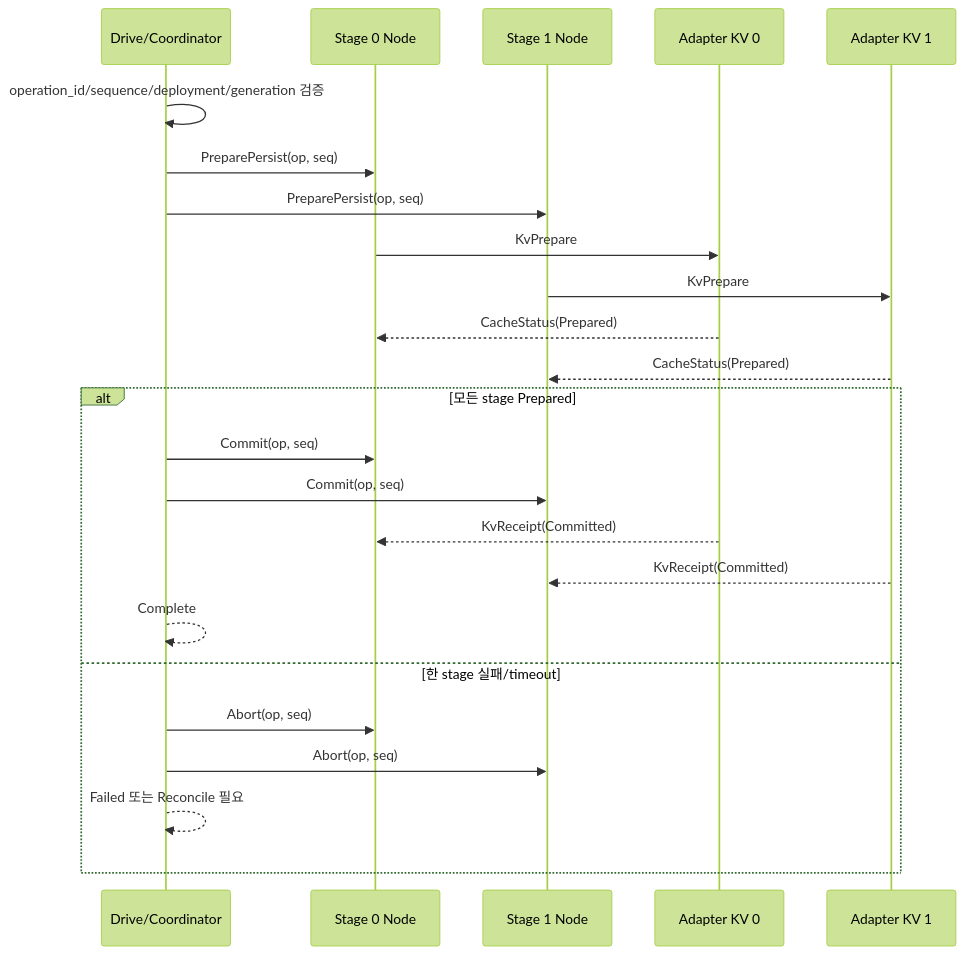
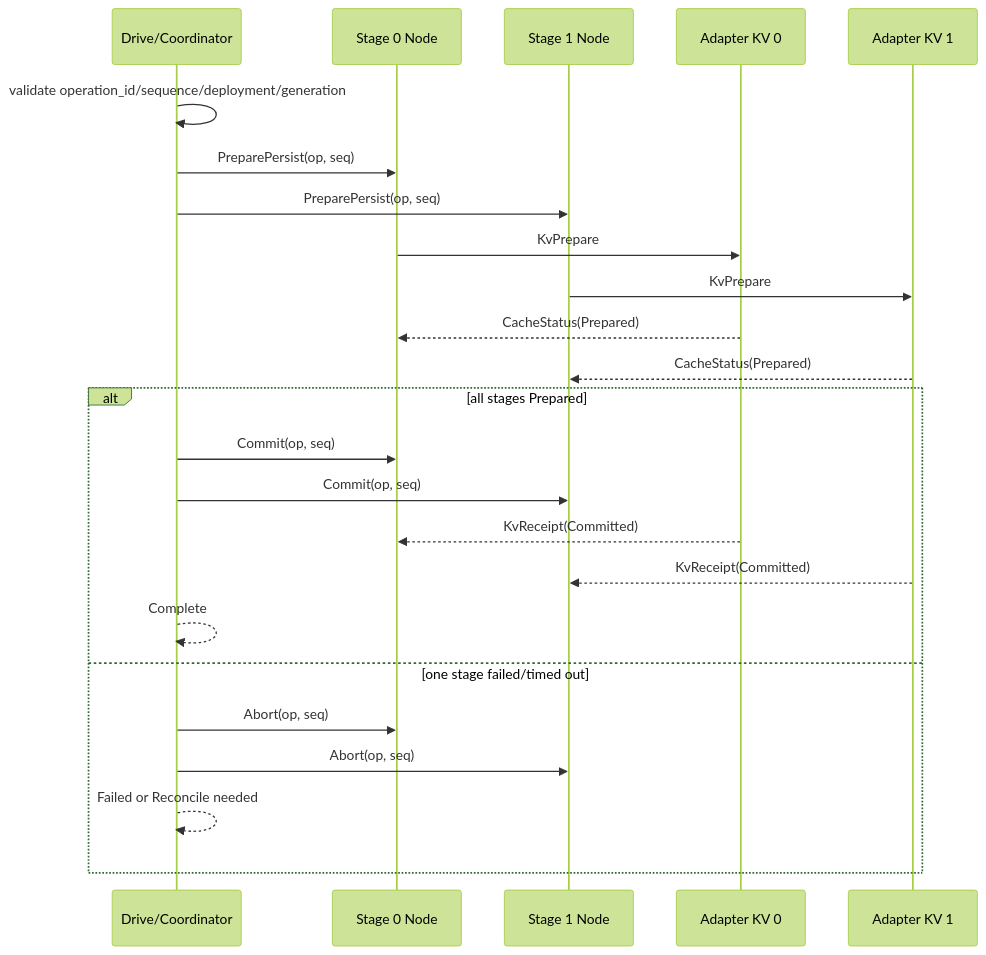
The seventh of 10 diagrams in docs/protocol.md (louisevandan/kvasir-net), drawn with Mermaid (forest theme) before and after one commit. The commit also changed other lines of this file and 212 other files, not shown here.

````diff
--- a/docs/protocol.md
+++ b/docs/protocol.md
@@ -1696,27 +1763,27 @@
 ```mermaid
 sequenceDiagram
     participant D as Drive/Coordinator
     participant N0 as Stage 0 Node
     participant N1 as Stage 1 Node
     participant K0 as Adapter KV 0
     participant K1 as Adapter KV 1
 
-    D->>D: operation_id/sequence/deployment/generation 검증
+    D->>D: validate operation_id/sequence/deployment/generation
     D->>N0: PreparePersist(op, seq)
     D->>N1: PreparePersist(op, seq)
     N0->>K0: KvPrepare
     N1->>K1: KvPrepare
     K0-->>N0: CacheStatus(Prepared)
     K1-->>N1: CacheStatus(Prepared)
-    alt 모든 stage Prepared
+    alt all stages Prepared
         D->>N0: Commit(op, seq)
         D->>N1: Commit(op, seq)
         K0-->>N0: KvReceipt(Committed)
         K1-->>N1: KvReceipt(Committed)
         D-->>D: Complete
-    else 한 stage 실패/timeout
+    else one stage failed/timed out
         D->>N0: Abort(op, seq)
         D->>N1: Abort(op, seq)
-        D-->>D: Failed 또는 Reconcile 필요
+        D-->>D: Failed or Reconcile needed
     end
 ```
````
